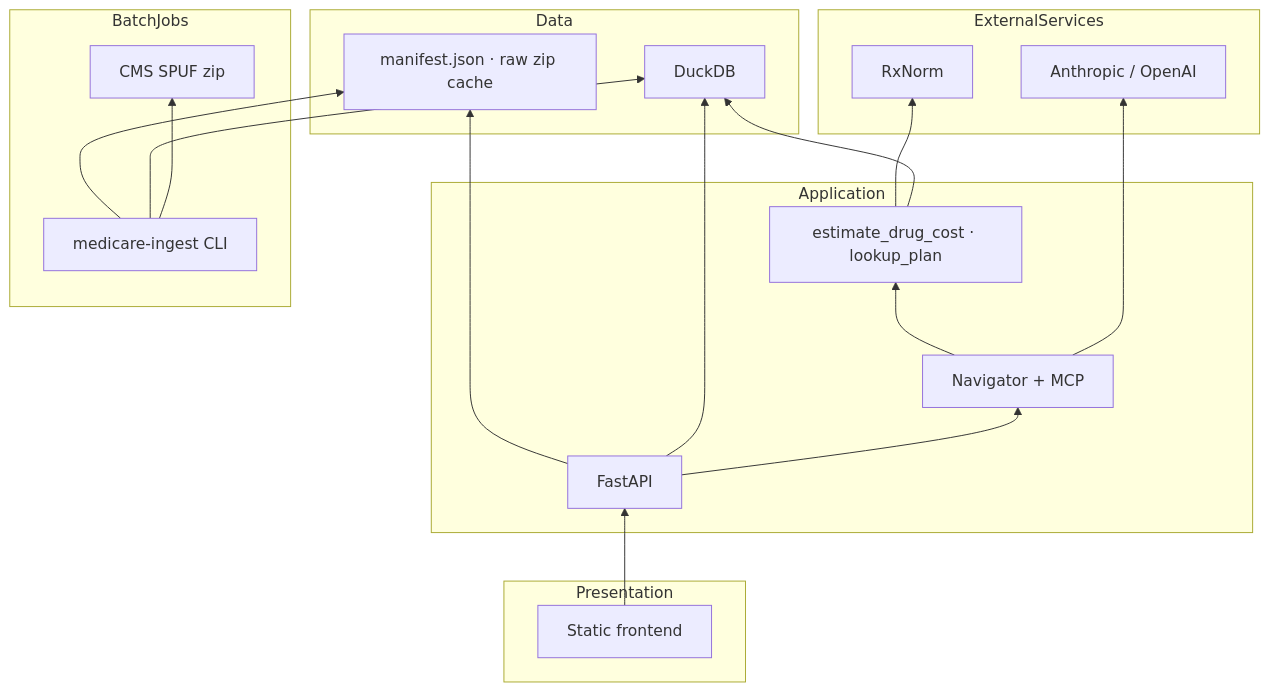
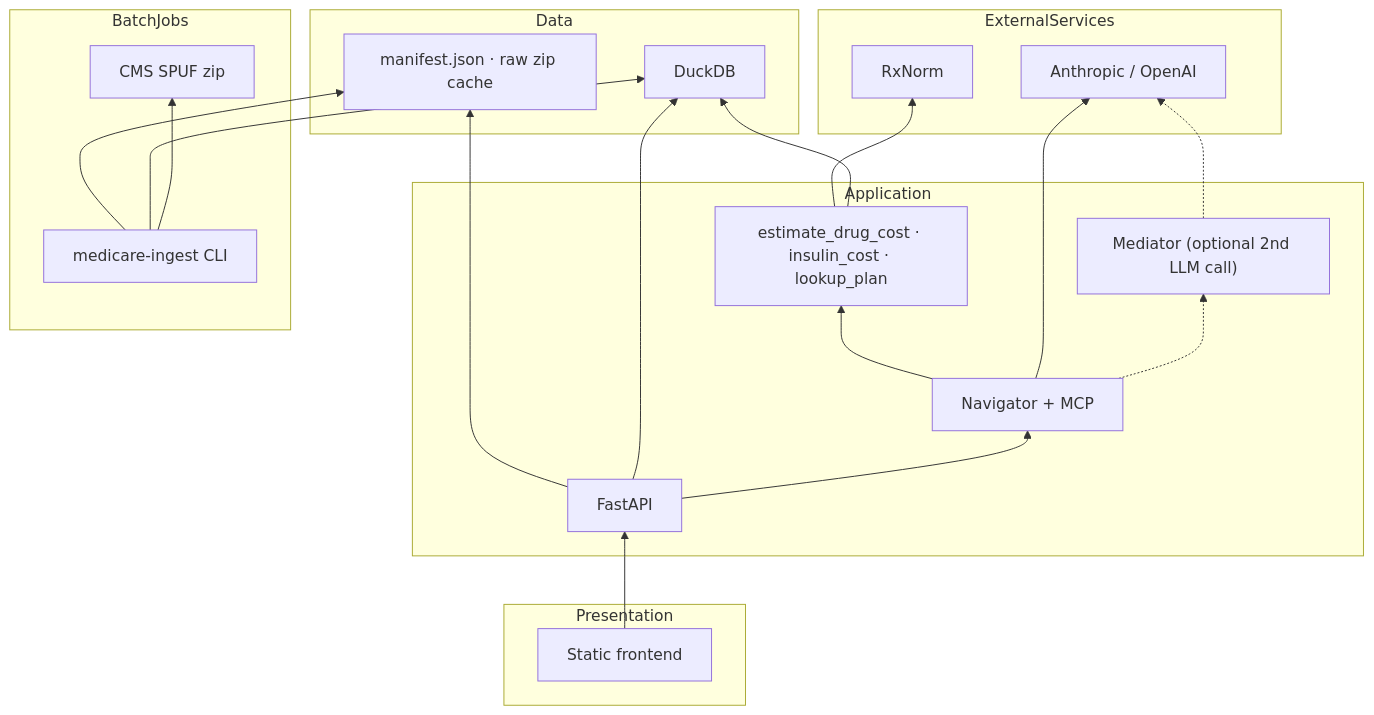
One commit to SreeCodes2021/Medicare-drug-cost-navigator changed the second of 11 diagrams in docs/developer-guide.md. Above: the diagram before and after it, drawn with Mermaid. The commit also changed other lines of this file and 104 other files, not shown here.

First line of the commit message:
Add insulin cap billing, mixed baskets, mediator QA layer, and documentation

````diff
--- a/docs/developer-guide.md
+++ b/docs/developer-guide.md
@@ -188,35 +192,38 @@
 ```mermaid
 flowchart BT
     subgraph Presentation
         FE[Static frontend]
     end
     subgraph Application
         API[FastAPI]
+        Med["Mediator (optional 2nd LLM call)"]
         Agent[Navigator + MCP]
-        Tools[estimate_drug_cost · lookup_plan]
+        Tools[estimate_drug_cost · insulin_cost · lookup_plan]
     end
     subgraph Data
         DDB[DuckDB]
         FS[manifest.json · raw zip cache]
     end
     subgraph ExternalServices
         LLM[Anthropic / OpenAI]
         RX[RxNorm]
     end
     subgraph BatchJobs
         Ingest[medicare-ingest CLI]
         CMS[CMS SPUF zip]
     end
 
     FE --> API
     API --> Agent
+    Agent -.-> Med
+    Med -.-> LLM
     Agent --> LLM
     Agent --> Tools
     Tools --> DDB
     Tools --> RX
     Ingest --> CMS
     Ingest --> DDB
     Ingest --> FS
     API --> DDB
     API --> FS
 ```
````
